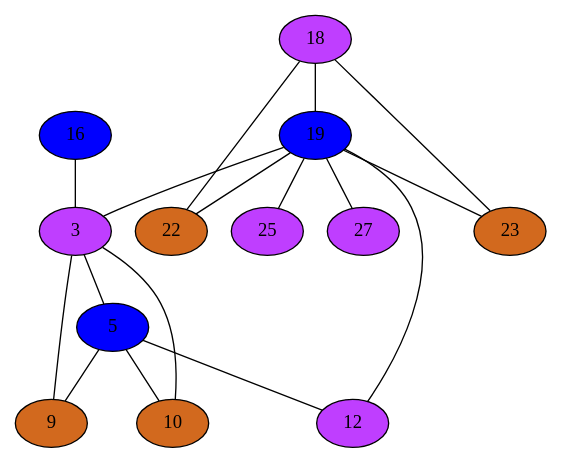
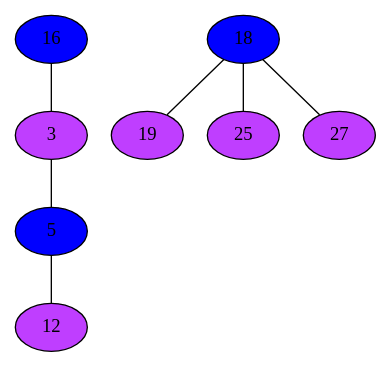
The diagram in Compiler/7iGraph.dot (mbajaj92/Project-Astoria), drawn with Graphviz before and after one commit. The commit also changed 211 other files, not shown here.

```diff
--- a/Compiler/7iGraph.dot
+++ b/Compiler/7iGraph.dot
@@ -1,46 +1,22 @@
 strict graph {
 16[label="16" style=filled fillcolor="blue1"];
 16 -- 3
-18[label="18" style=filled fillcolor="darkorchid1"];
+18[label="18" style=filled fillcolor="blue1"];
 18 -- 19
-18 -- 22
-18 -- 23
-19[label="19" style=filled fillcolor="blue1"];
+18 -- 25
+18 -- 27
+19[label="19" style=filled fillcolor="darkorchid1"];
 19 -- 18
-19 -- 3
-19 -- 22
-19 -- 23
-19 -- 25
-19 -- 27
-19 -- 12
 3[label="3" style=filled fillcolor="darkorchid1"];
 3 -- 16
-3 -- 19
 3 -- 5
-3 -- 9
-3 -- 10
 5[label="5" style=filled fillcolor="blue1"];
 5 -- 3
-5 -- 9
-5 -- 10
 5 -- 12
-22[label="22" style=filled fillcolor="chocolate"];
-22 -- 18
-22 -- 19
-23[label="23" style=filled fillcolor="chocolate"];
-23 -- 18
-23 -- 19
 25[label="25" style=filled fillcolor="darkorchid1"];
-25 -- 19
-9[label="9" style=filled fillcolor="chocolate"];
-9 -- 3
-9 -- 5
-10[label="10" style=filled fillcolor="chocolate"];
-10 -- 3
-10 -- 5
+25 -- 18
 27[label="27" style=filled fillcolor="darkorchid1"];
-27 -- 19
+27 -- 18
 12[label="12" style=filled fillcolor="darkorchid1"];
-12 -- 19
 12 -- 5
 }
```
